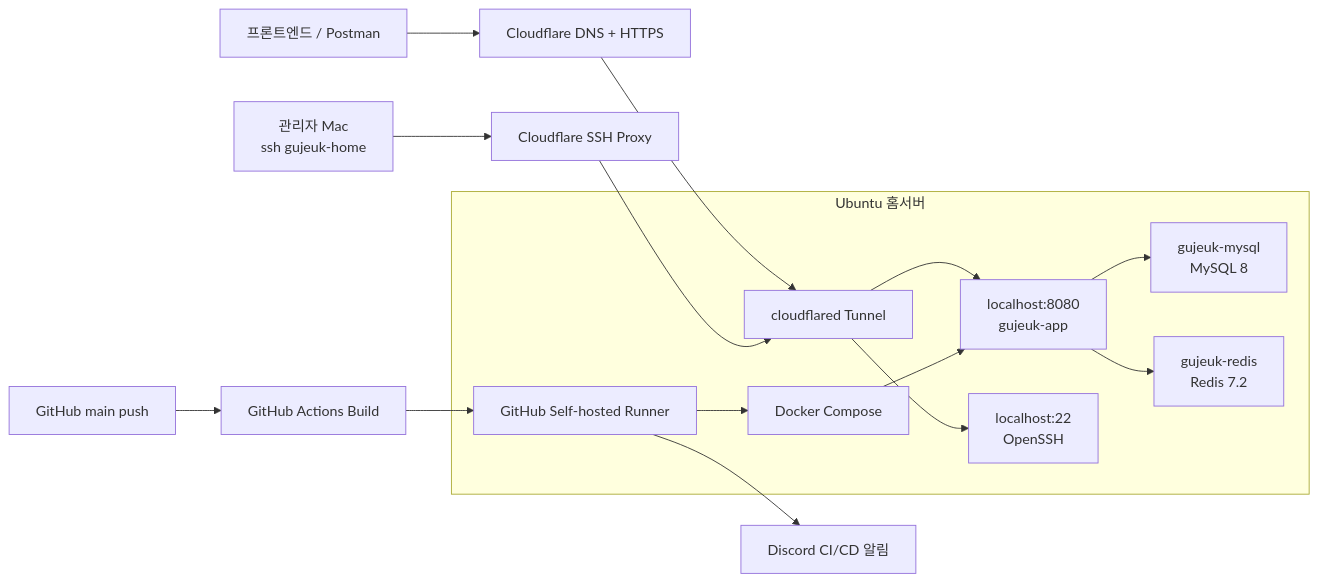
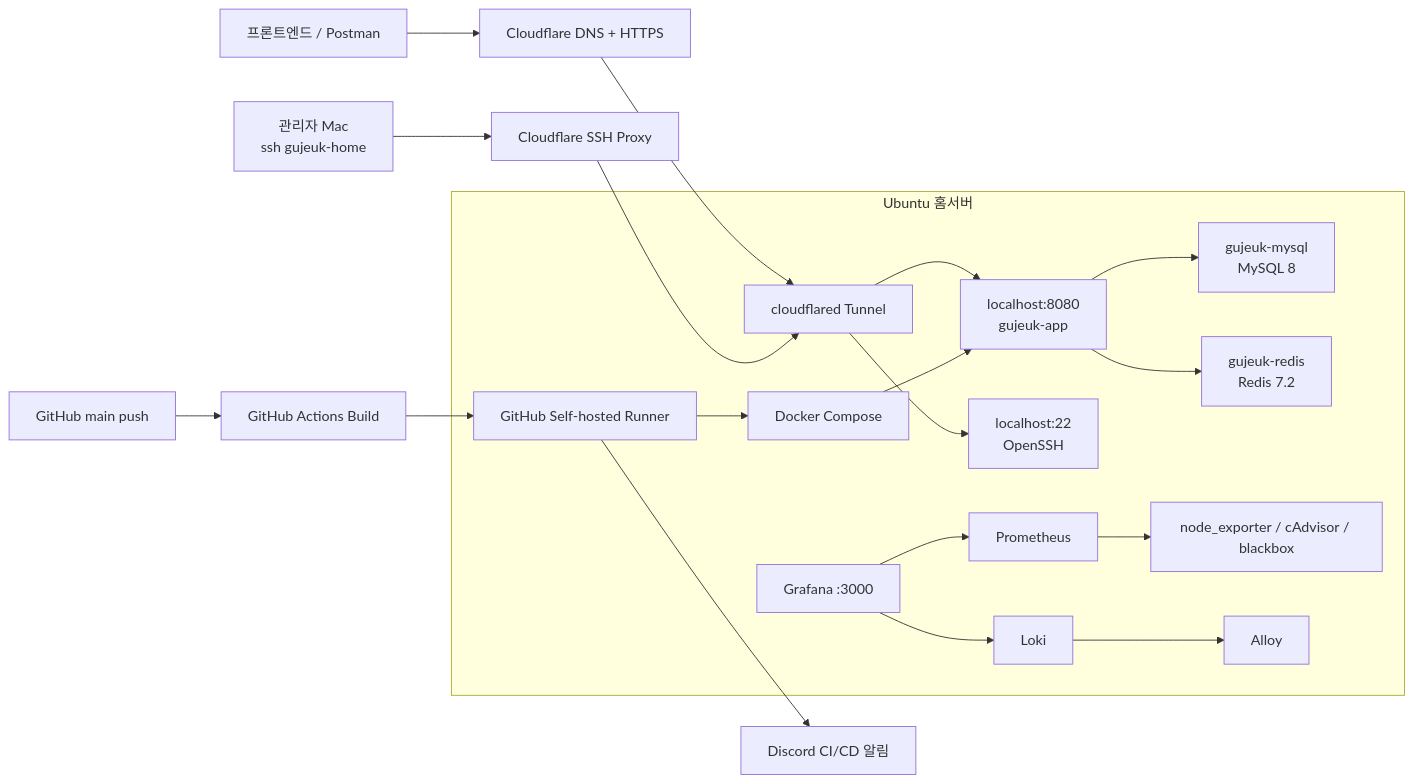
The first of 4 diagrams in docs/HOME_SERVER_OPERATIONS.md (GuJeuk-Check-in/GuJeuk-Check-In_server), drawn with Mermaid before and after one commit. The commit also changed other lines of this file and 12 other files, not shown here.

````diff
--- a/docs/HOME_SERVER_OPERATIONS.md
+++ b/docs/HOME_SERVER_OPERATIONS.md
@@ -30,21 +37,25 @@
 ```mermaid
 flowchart LR
     Client["프론트엔드 / Postman"] --> CF["Cloudflare DNS + HTTPS"]
     SSHClient["관리자 Mac<br/>ssh gujeuk-home"] --> CFAccess["Cloudflare SSH Proxy"]
 
     CF --> Tunnel["cloudflared Tunnel"]
     CFAccess --> Tunnel
 
     subgraph HomeServer["Ubuntu 홈서버"]
         Tunnel --> API["localhost:8080<br/>gujeuk-app"]
         Tunnel --> SSH["localhost:22<br/>OpenSSH"]
         API --> MySQL["gujeuk-mysql<br/>MySQL 8"]
         API --> Redis["gujeuk-redis<br/>Redis 7.2"]
         Runner["GitHub Self-hosted Runner"] --> Compose["Docker Compose"]
         Compose --> API
+        Monitor["Grafana :3000"] --> Metrics["Prometheus"]
+        Monitor --> Logs["Loki"]
+        Metrics --> Exporters["node_exporter / cAdvisor / blackbox"]
+        Logs --> Collector["Alloy"]
     end
 
     GitHub["GitHub main push"] --> Actions["GitHub Actions Build"]
     Actions --> Runner
     Runner --> Discord["Discord CI/CD 알림"]
 ```
````
